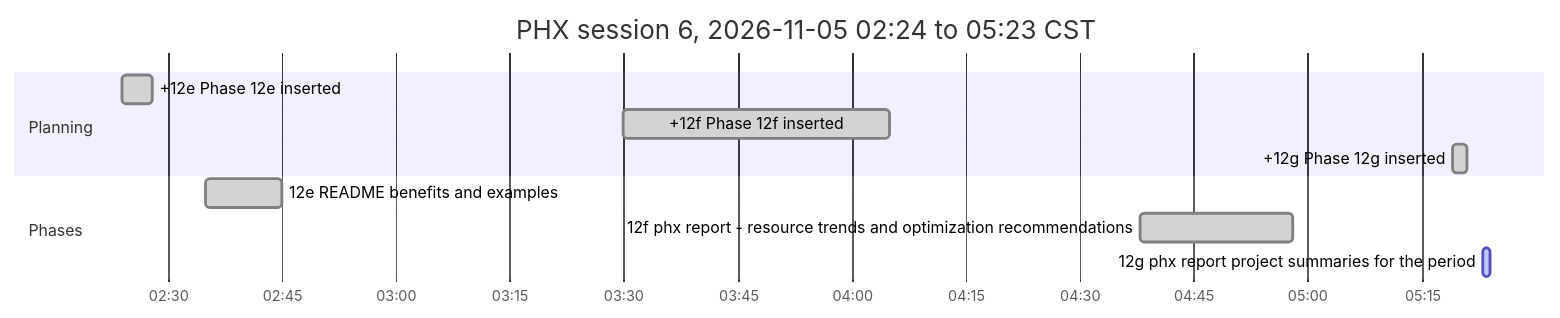
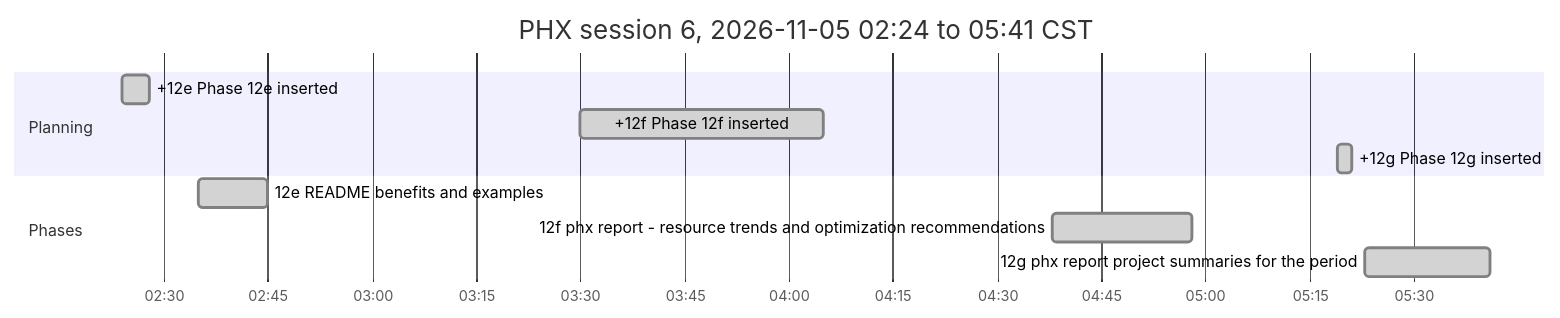
The sixth of 6 diagrams in docs/PHX_FINAL-REPORT.md (antonizick/PhaseHypervisor), drawn with Mermaid before and after one commit. The commit also changed other lines of this file and 2 other files, not shown here.

Commit message:
docs(plan): refresh timeline

````diff
--- a/docs/PHX_FINAL-REPORT.md
+++ b/docs/PHX_FINAL-REPORT.md
@@ -162,14 +162,14 @@
 ```mermaid
 gantt
-    title PHX session 6, 2026-11-05 02:24 to 05:23 CST
+    title PHX session 6, 2026-11-05 02:24 to 05:41 CST
     dateFormat YYYY-MM-DD HH:mm
     axisFormat %H:%M
     section Planning
     +12e Phase 12e inserted :done, plan4, 2026-11-05 02:24, 2026-11-05 02:28
     +12f Phase 12f inserted :done, plan5, 2026-11-05 03:30, 2026-11-05 04:05
     +12g Phase 12g inserted :done, plan6, 2026-11-05 05:19, 2026-11-05 05:21
     section Phases
     12e README benefits and examples :done, p12es6, 2026-11-05 02:35, 2026-11-05 02:45
     12f phx report - resource trends and optimization recommendations :done, p12fs6, 2026-11-05 04:38, 2026-11-05 04:58
-    12g phx report project summaries for the period :active, p12gs6, 2026-11-05 05:23, 2026-11-05 05:24
+    12g phx report project summaries for the period :done, p12gs6, 2026-11-05 05:23, 2026-11-05 05:41
 ```
````
